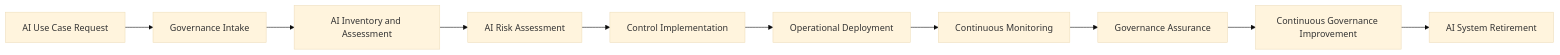
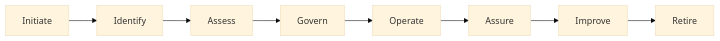
One commit to Governor-AK/enterprise-ai-governance-playbook changed the diagram in 02-Governance-Operating-Model/05-Governance-Lifecycle.md. Above: the diagram before and after it, drawn with Mermaid (base theme). The commit also changed other lines of this file, not shown here.

Commit message:
refactor(governance-model): align governance lifecycle with repository capabilities

````diff
--- a/02-Governance-Operating-Model/05-Governance-Lifecycle.md
+++ b/02-Governance-Operating-Model/05-Governance-Lifecycle.md
@@ -43,14 +41,12 @@
 ```mermaid
 flowchart LR
 
-A[AI Use Case Request]
---> B[Governance Intake]
---> C[AI Inventory and Assessment]
---> D[AI Risk Assessment]
---> E[Control Implementation]
---> F[Operational Deployment]
---> G[Continuous Monitoring]
---> H[Governance Assurance]
---> I[Continuous Governance Improvement]
---> J[AI System Retirement]
+A[Initiate]
+--> B[Identify]
+--> C[Assess]
+--> D[Govern]
+--> E[Operate]
+--> F[Assure]
+--> G[Improve]
+--> H[Retire]
 ```
````
